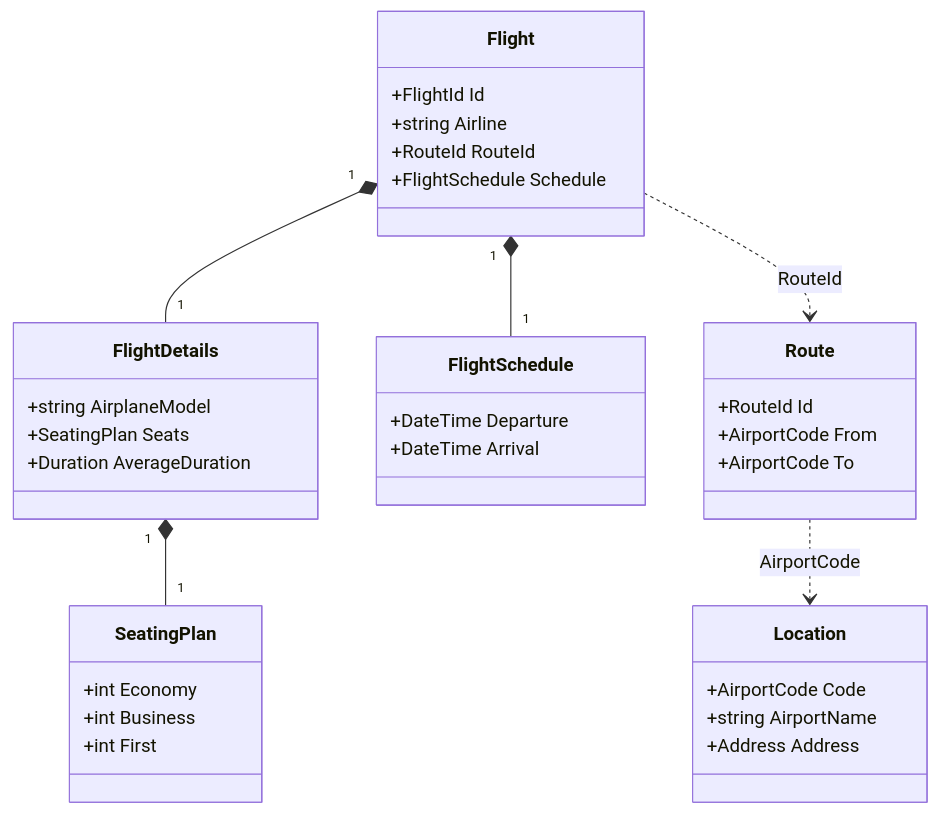
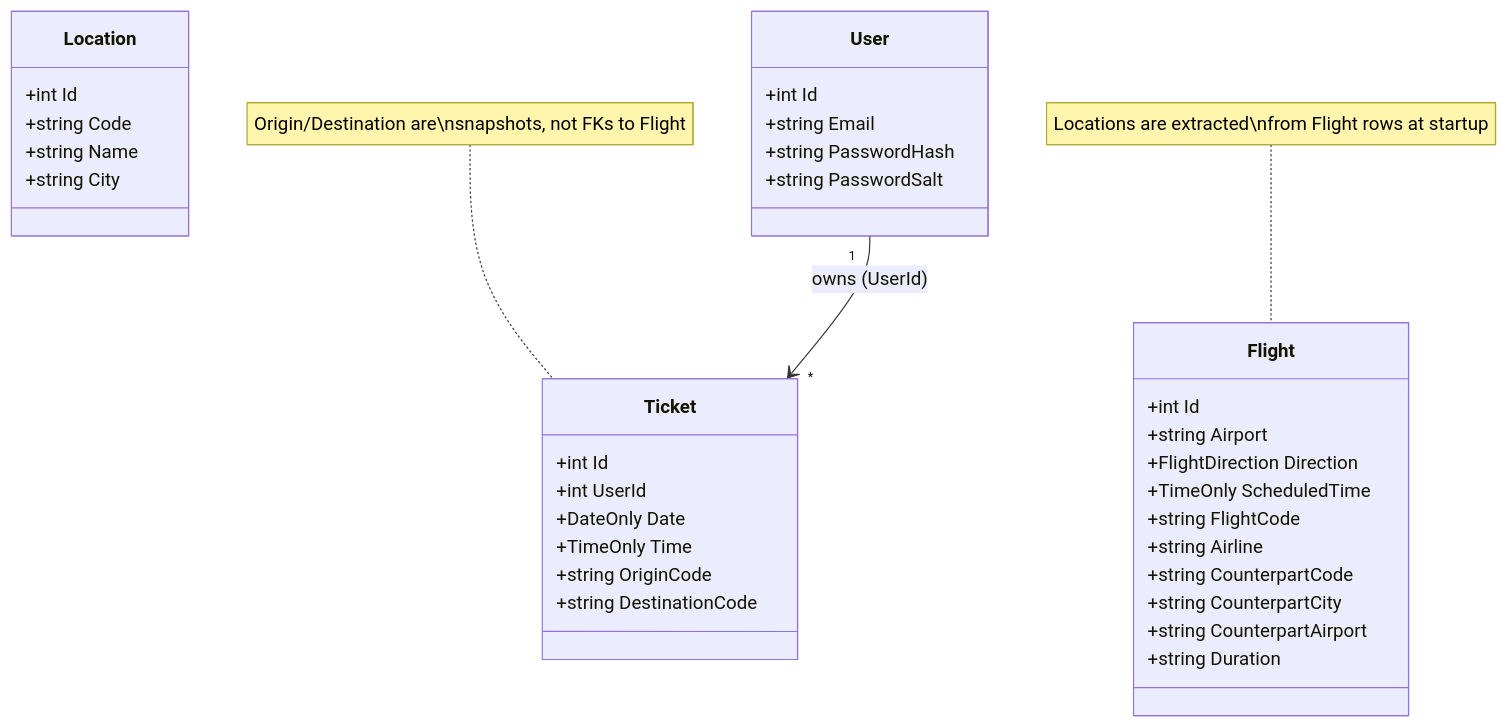
One commit to thinkbridge-thinkschool/AryanB-Capstone-FlightDex changed the second of 3 diagrams in Documentation/Design.md. Above: the diagram before and after it, drawn with Mermaid. The commit also changed other lines of this file and 23 other files, not shown here.

````diff
--- a/Documentation/Design.md
+++ b/Documentation/Design.md
@@ -78,38 +104,38 @@
 ```mermaid
 classDiagram
     class Flight {
-        +FlightId Id
+        +int Id
+        +string Airport
+        +FlightDirection Direction
+        +TimeOnly ScheduledTime
+        +string FlightCode
         +string Airline
-        +RouteId RouteId
-        +FlightSchedule Schedule
-    }
-    class FlightDetails {
-        +string AirplaneModel
-        +SeatingPlan Seats
-        +Duration AverageDuration
-    }
-    class FlightSchedule {
-        +DateTime Departure
-        +DateTime Arrival
-    }
-    class SeatingPlan {
-        +int Economy
-        +int Business
-        +int First
-    }
-    class Route {
-        +RouteId Id
-        +AirportCode From
-        +AirportCode To
+        +string CounterpartCode
+        +string CounterpartCity
+        +string CounterpartAirport
+        +string Duration
     }
     class Location {
-        +AirportCode Code
-        +string AirportName
-        +Address Address
+        +int Id
+        +string Code
+        +string Name
+        +string City
     }
-    Flight "1" *-- "1" FlightDetails
-    Flight "1" *-- "1" FlightSchedule
-    FlightDetails "1" *-- "1" SeatingPlan
-    Flight ..> Route : RouteId
-    Route ..> Location : AirportCode
+    class User {
+        +int Id
+        +string Email
+        +string PasswordHash
+        +string PasswordSalt
+    }
+    class Ticket {
+        +int Id
+        +int UserId
+        +DateOnly Date
+        +TimeOnly Time
+        +string OriginCode
+        +string DestinationCode
+    }
+    User "1" --> "*" Ticket : owns (UserId)
+    note for Flight "Locations are extracted\nfrom Flight rows at startup"
+    note for Ticket "Origin/Destination are\nsnapshots, not FKs to Flight"
 ```
````
